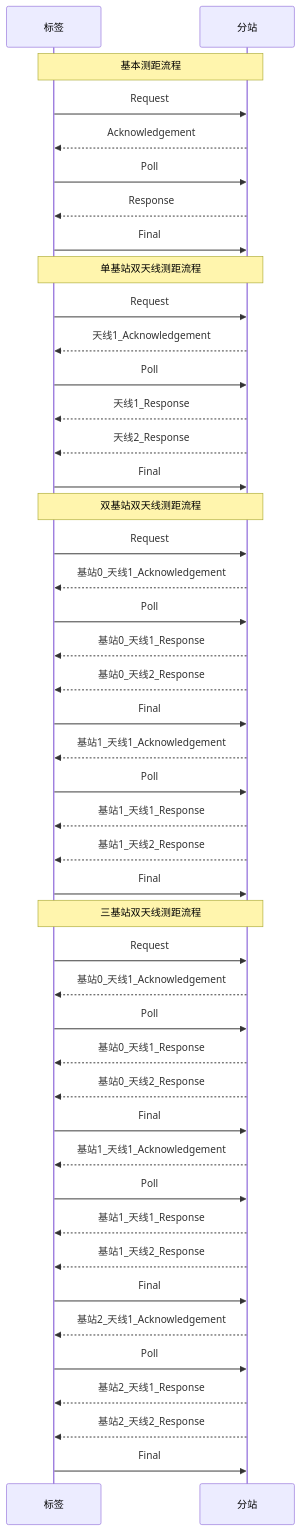
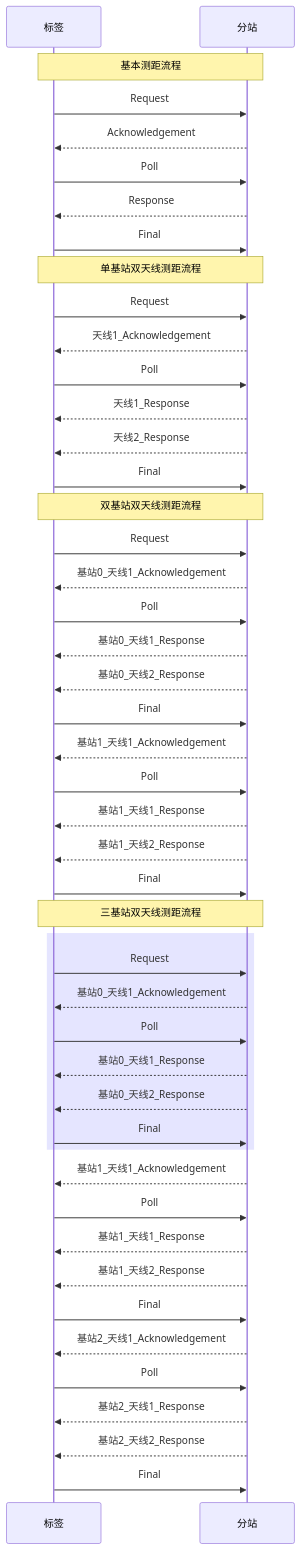
One commit to geek-zhao/iodraw-files changed the diagram in all/未命名.md. Above: the diagram before and after it, drawn with Mermaid.

Commit message:
2024-08-17 14:18:36 update

````diff
--- a/all/未命名.md
+++ b/all/未命名.md
@@ -1,52 +1,53 @@
 ```mermaid
 sequenceDiagram
     participant tag as 标签
     participant anchor as 分站
 
     Note over tag,anchor: 基本测距流程
     tag->>anchor: Request
     anchor-->>tag: Acknowledgement
     tag->>anchor: Poll
     anchor-->>tag: Response
     tag->>anchor: Final       
 
     Note over tag,anchor: 单基站双天线测距流程
     tag->>anchor: Request
     anchor-->>tag: 天线1_Acknowledgement
     tag->>anchor: Poll
     anchor-->>tag: 天线1_Response 
     anchor-->>tag: 天线2_Response
     tag->>anchor: Final   
 
     Note over tag,anchor: 双基站双天线测距流程
     tag->>anchor: Request
     anchor-->>tag: 基站0_天线1_Acknowledgement
     tag->>anchor: Poll
     anchor-->>tag: 基站0_天线1_Response 
     anchor-->>tag: 基站0_天线2_Response
     tag->>anchor: Final   
     anchor-->>tag: 基站1_天线1_Acknowledgement
     tag->>anchor: Poll
     anchor-->>tag: 基站1_天线1_Response 
     anchor-->>tag: 基站1_天线2_Response
     tag->>anchor: Final   
 
     Note over tag,anchor: 三基站双天线测距流程
-    
+    rect rgba(0, 0, 255, .1)
     tag->>anchor: Request
     anchor-->>tag: 基站0_天线1_Acknowledgement
     tag->>anchor: Poll
     anchor-->>tag: 基站0_天线1_Response 
     anchor-->>tag: 基站0_天线2_Response
     tag->>anchor: Final   
+    end
     anchor-->>tag: 基站1_天线1_Acknowledgement
     tag->>anchor: Poll
     anchor-->>tag: 基站1_天线1_Response 
     anchor-->>tag: 基站1_天线2_Response
     tag->>anchor: Final   
     anchor-->>tag: 基站2_天线1_Acknowledgement
     tag->>anchor: Poll
     anchor-->>tag: 基站2_天线1_Response 
     anchor-->>tag: 基站2_天线2_Response
     tag->>anchor: Final   
 ```
````
